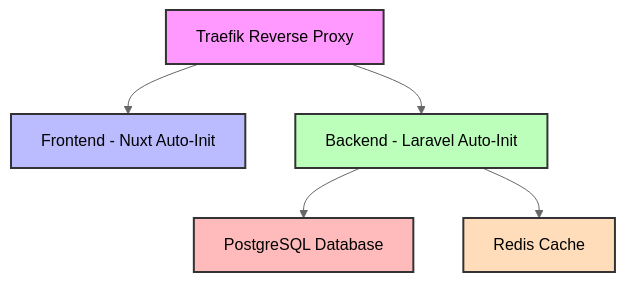
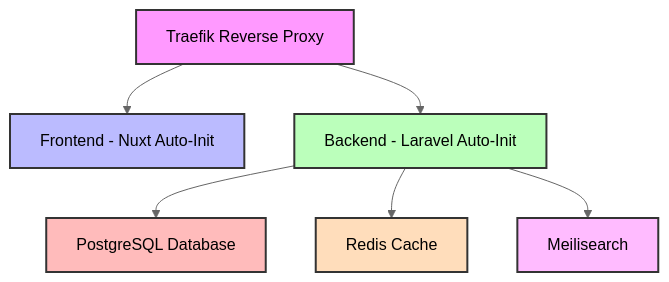
The diagram in docs/AGENTS.md (sliva-name/arhitect), drawn with Mermaid (neutral theme) before and after one commit. The commit also changed other lines of this file and 5 other files, not shown here.

````diff
--- a/docs/AGENTS.md
+++ b/docs/AGENTS.md
@@ -47,13 +47,15 @@
 ```mermaid
 graph TD
     A[Traefik Reverse Proxy] --> B[Frontend - Nuxt Auto-Init]
     A --> C[Backend - Laravel Auto-Init]
     C --> D[PostgreSQL Database]
     C --> E[Redis Cache]
+    C --> F[Meilisearch]
     
     style A fill:#f9f,stroke:#333,stroke-width:2px
     style B fill:#bbf,stroke:#333,stroke-width:2px
     style C fill:#bfb,stroke:#333,stroke-width:2px
     style D fill:#fbb,stroke:#333,stroke-width:2px
     style E fill:#fdb,stroke:#333,stroke-width:2px
+    style F fill:#fbf,stroke:#333,stroke-width:2px
 ```
````
